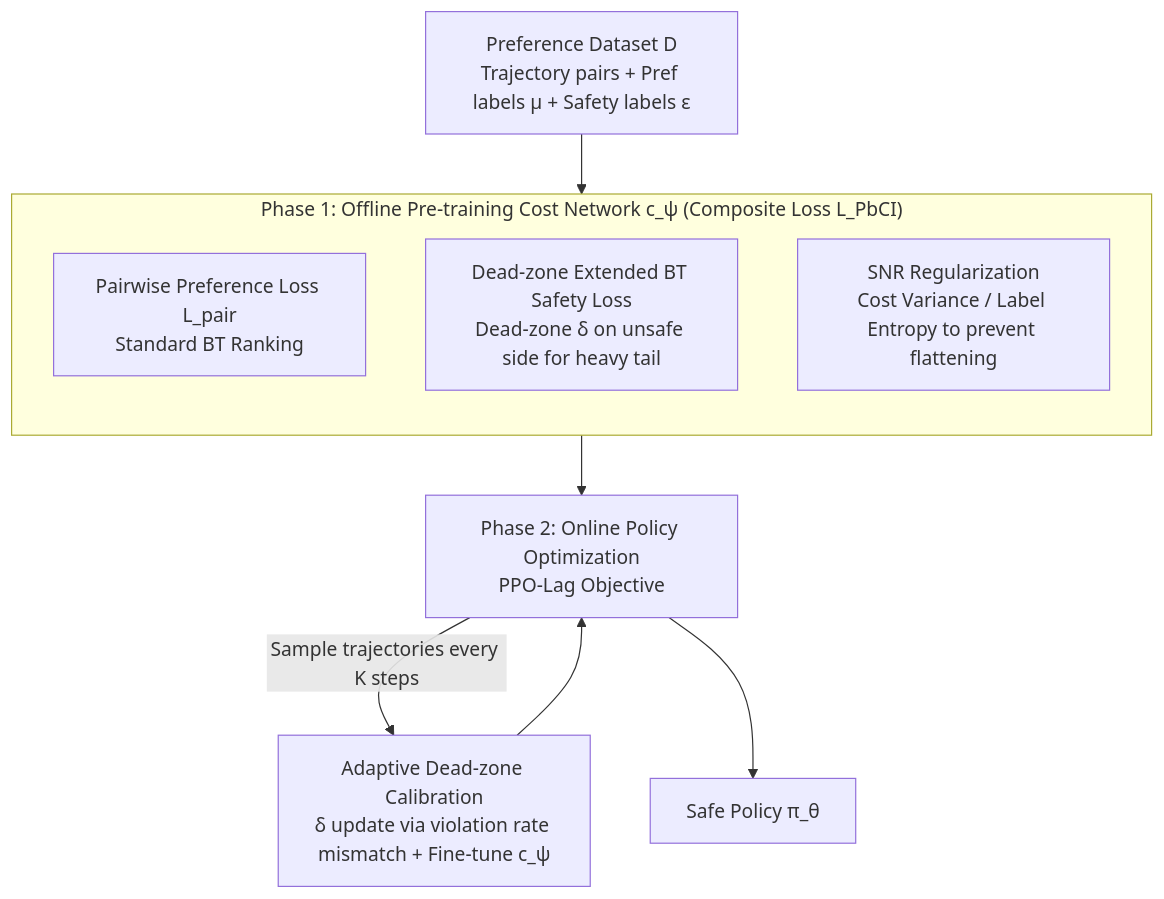
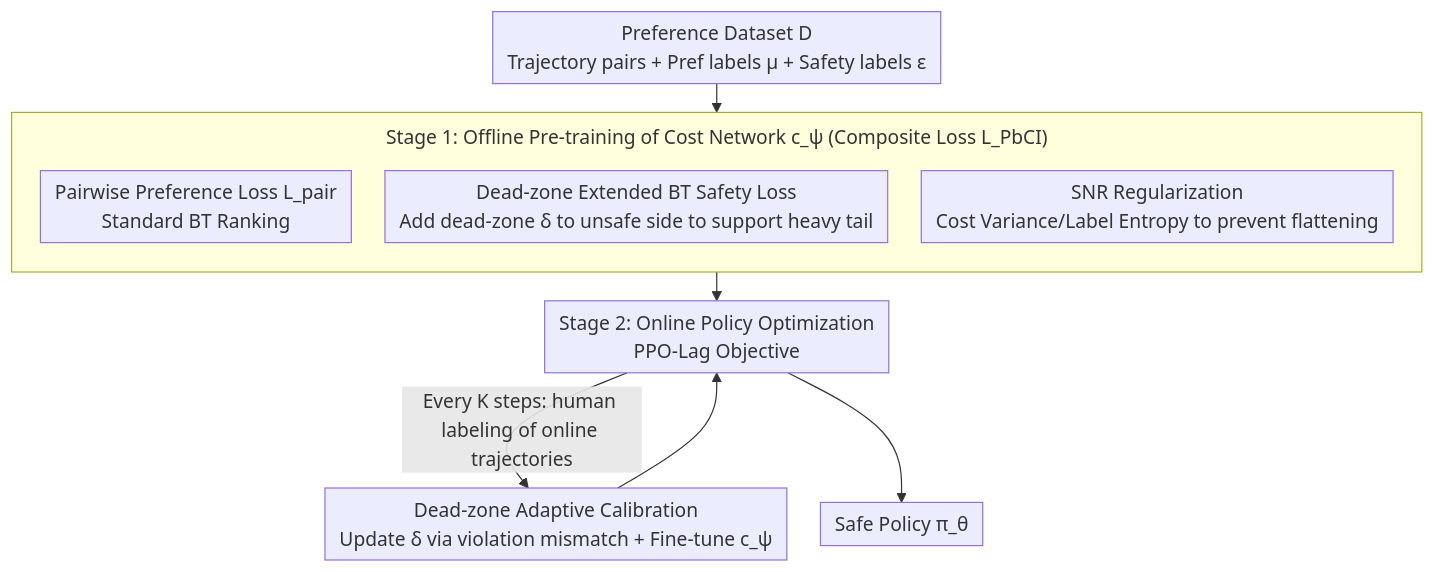
One commit to zhaoyang97/Paper-Notes-en changed the diagram in docs/ICML2026/reinforcement_learning/safe_reinforcement_learning_with_preference-based_constraint_inference.md. Above: the diagram before and after it, drawn with Mermaid. The commit also changed other lines of this file and 5084 other files, not shown here.

````diff
--- a/docs/ICML2026/reinforcement_learning/safe_reinforcement_learning_with_preference-based_constraint_inference.md
+++ b/docs/ICML2026/reinforcement_learning/safe_reinforcement_learning_with_preference-based_constraint_inference.md
@@ -48,14 +48,15 @@
 ```mermaid
-graph TD
+%%{init: {'flowchart': {'rankSpacing': 24, 'nodeSpacing': 28, 'padding': 6, 'wrappingWidth': 400, 'subGraphTitleMargin': {'top': 8, 'bottom': 16}}}}%%
+flowchart TD
     A["Preference Dataset D<br/>Trajectory pairs + Pref labels μ + Safety labels ε"] --> S1
-    subgraph S1["Phase 1: Offline Pre-training Cost Network c_ψ (Composite Loss L_PbCI)"]
+    subgraph S1["Stage 1: Offline Pre-training of Cost Network c_ψ (Composite Loss L_PbCI)"]
         direction TB
         P["Pairwise Preference Loss L_pair<br/>Standard BT Ranking"]
-        DZ["Dead-zone Extended BT Safety Loss<br/>Dead-zone δ on unsafe side for heavy tail"]
-        SNR["SNR Regularization<br/>Cost Variance / Label Entropy to prevent flattening"]
+        DZ["Dead-zone Extended BT Safety Loss<br/>Add dead-zone δ to unsafe side to support heavy tail"]
+        SNR["SNR Regularization<br/>Cost Variance/Label Entropy to prevent flattening"]
     end
-    S1 --> POL["Phase 2: Online Policy Optimization<br/>PPO-Lag Objective"]
-    POL -->|Sample trajectories every K steps| CAL["Adaptive Dead-zone Calibration<br/>δ update via violation rate mismatch + Fine-tune c_ψ"]
+    S1 --> POL["Stage 2: Online Policy Optimization<br/>PPO-Lag Objective"]
+    POL -->|Every K steps: human labeling of online trajectories| CAL["Dead-zone Adaptive Calibration<br/>Update δ via violation mismatch + Fine-tune c_ψ"]
     CAL --> POL
     POL --> OUT["Safe Policy π_θ"]
 ```
````
